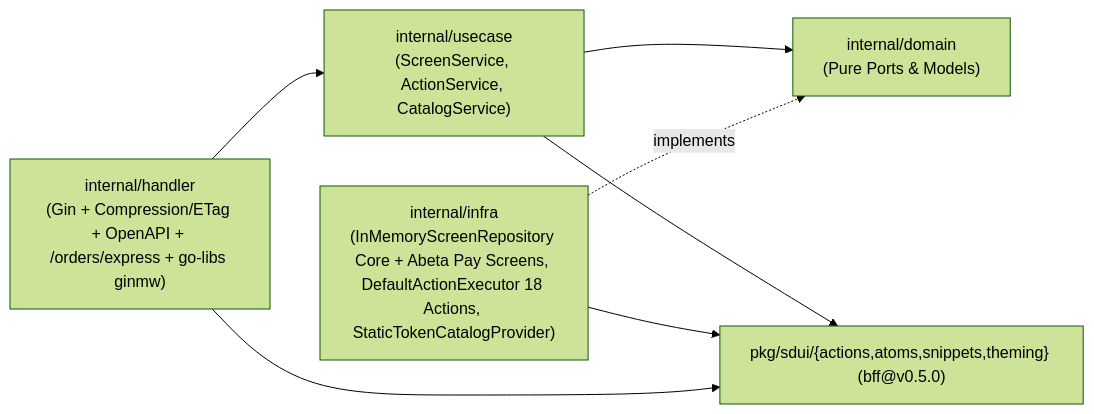
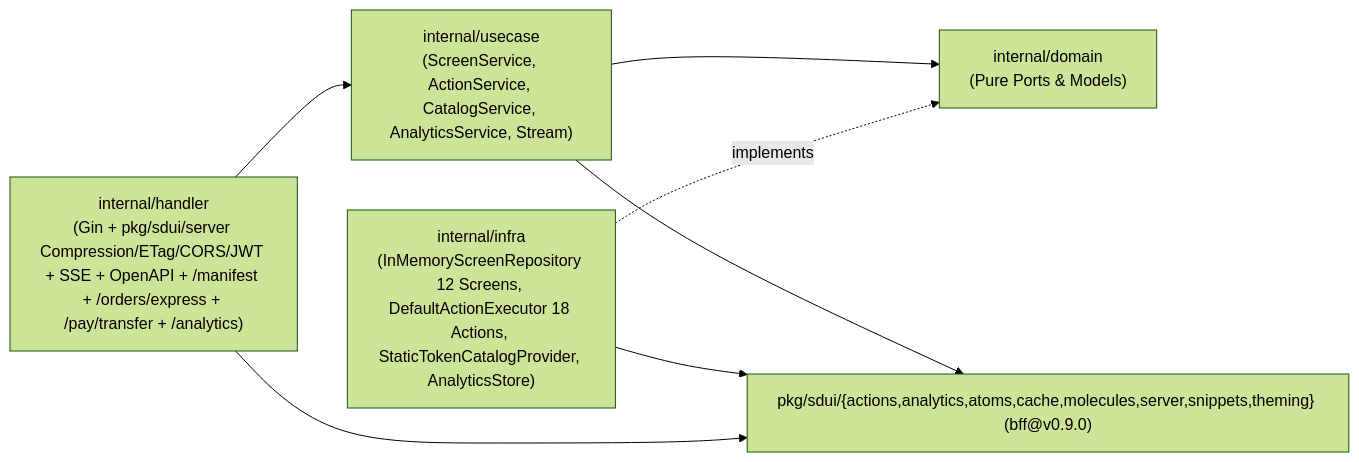
Before and after one commit to Abeta-dev/kmp: the diagram in docs/bff-integration.md, drawn with Mermaid (forest theme). The commit also changed other lines of this file and 314 other files, not shown here.

````diff
--- a/docs/bff-integration.md
+++ b/docs/bff-integration.md
@@ -30,9 +34,9 @@
 ```mermaid
 flowchart LR
-    H["internal/handler\n(Gin + Compression/ETag + OpenAPI + /orders/express + go-libs ginmw)"] --> U["internal/usecase\n(ScreenService, ActionService, CatalogService)"]
+    H["internal/handler\n(Gin + pkg/sdui/server Compression/ETag/CORS/JWT + SSE + OpenAPI + /manifest + /orders/express + /pay/transfer + /analytics)"] --> U["internal/usecase\n(ScreenService, ActionService, CatalogService, AnalyticsService, Stream)"]
     U --> D["internal/domain\n(Pure Ports & Models)"]
-    I["internal/infra\n(InMemoryScreenRepository Core + Abeta Pay Screens, DefaultActionExecutor 18 Actions, StaticTokenCatalogProvider)"] -. "implements" .-> D
-    U --> S["pkg/sdui/{actions,atoms,snippets,theming} (bff@v0.5.0)"]
+    I["internal/infra\n(InMemoryScreenRepository 12 Screens, DefaultActionExecutor 18 Actions, StaticTokenCatalogProvider, AnalyticsStore)"] -. "implements" .-> D
+    U --> S["pkg/sdui/{actions,analytics,atoms,cache,molecules,server,snippets,theming} (bff@v0.9.0)"]
     I --> S
     H --> S
 ```
````
